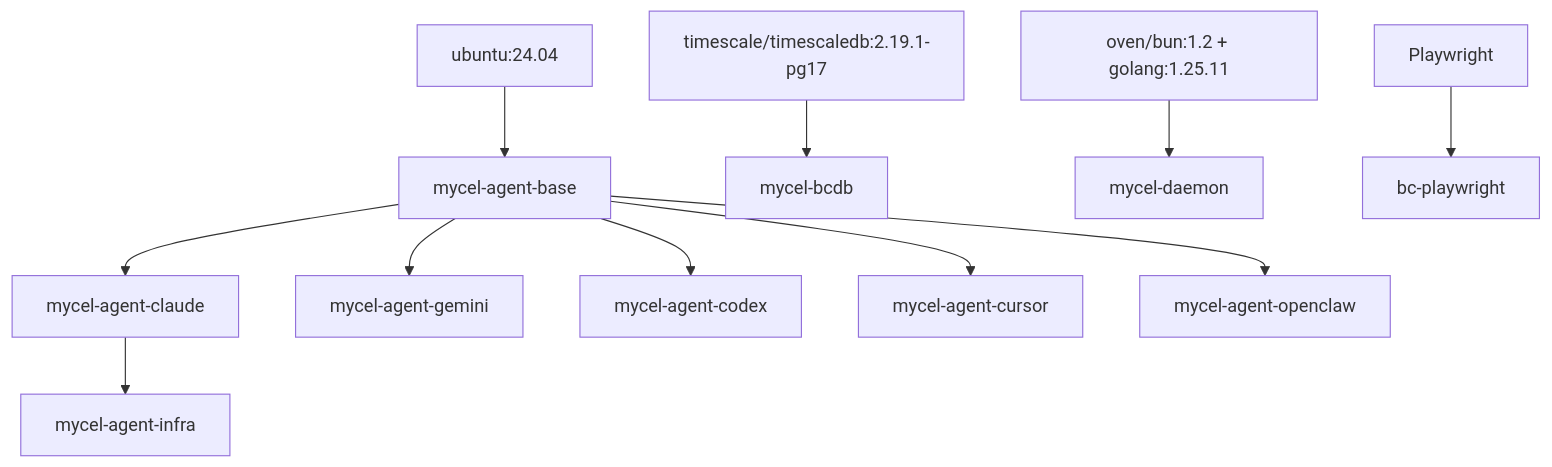
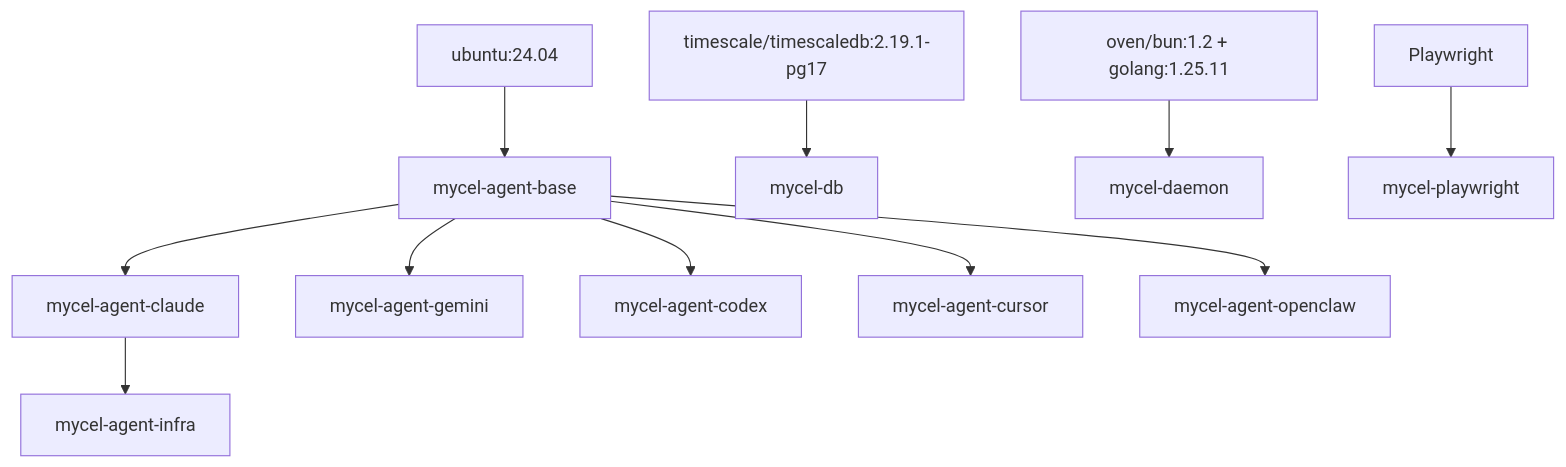
One commit to rpuneet/bc changed the second of 3 diagrams in docs/explanation/deployment.md. Above: the diagram before and after it, drawn with Mermaid. The commit also changed other lines of this file and 57 other files, not shown here.

````diff
--- a/docs/explanation/deployment.md
+++ b/docs/explanation/deployment.md
@@ -46,14 +46,14 @@
 ```mermaid
 graph TD
     U[ubuntu:24.04] --> BASE[mycel-agent-base]
     BASE --> CLAUDE[mycel-agent-claude]
     BASE --> GEMINI[mycel-agent-gemini]
     BASE --> CODEX[mycel-agent-codex]
     BASE --> CURSOR[mycel-agent-cursor]
     BASE --> OPENCLAW[mycel-agent-openclaw]
     CLAUDE --> INFRA[mycel-agent-infra]
 
-    TS[timescale/timescaledb:2.19.1-pg17] --> BCDB[mycel-bcdb]
+    TS[timescale/timescaledb:2.19.1-pg17] --> BCDB[mycel-db]
     BUILD[oven/bun:1.2 + golang:1.25.11] --> DAEMON[mycel-daemon]
-    PW[Playwright] --> PWI[bc-playwright]
+    PW[Playwright] --> PWI[mycel-playwright]
 ```
````
